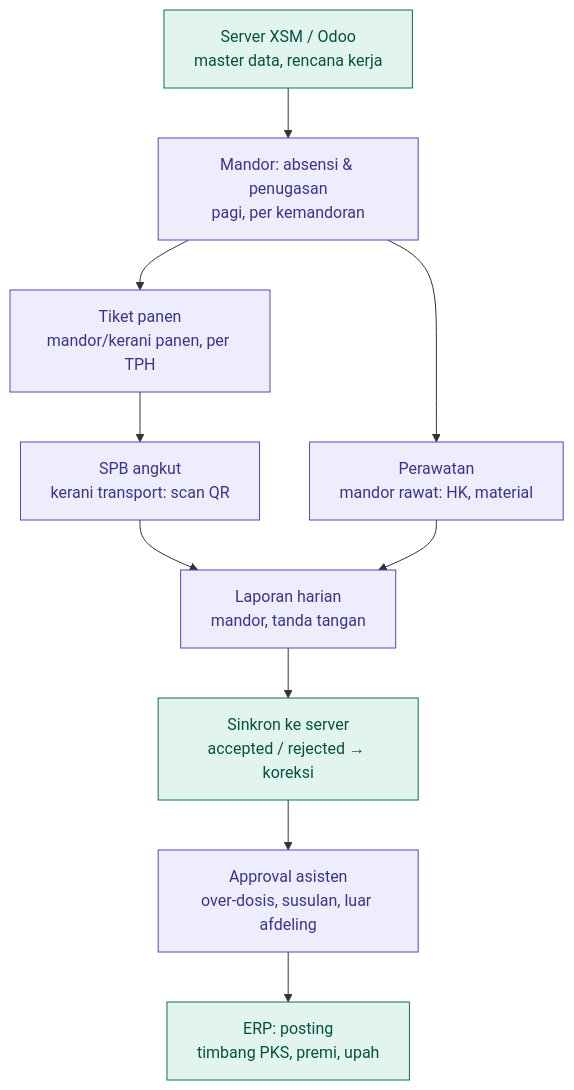
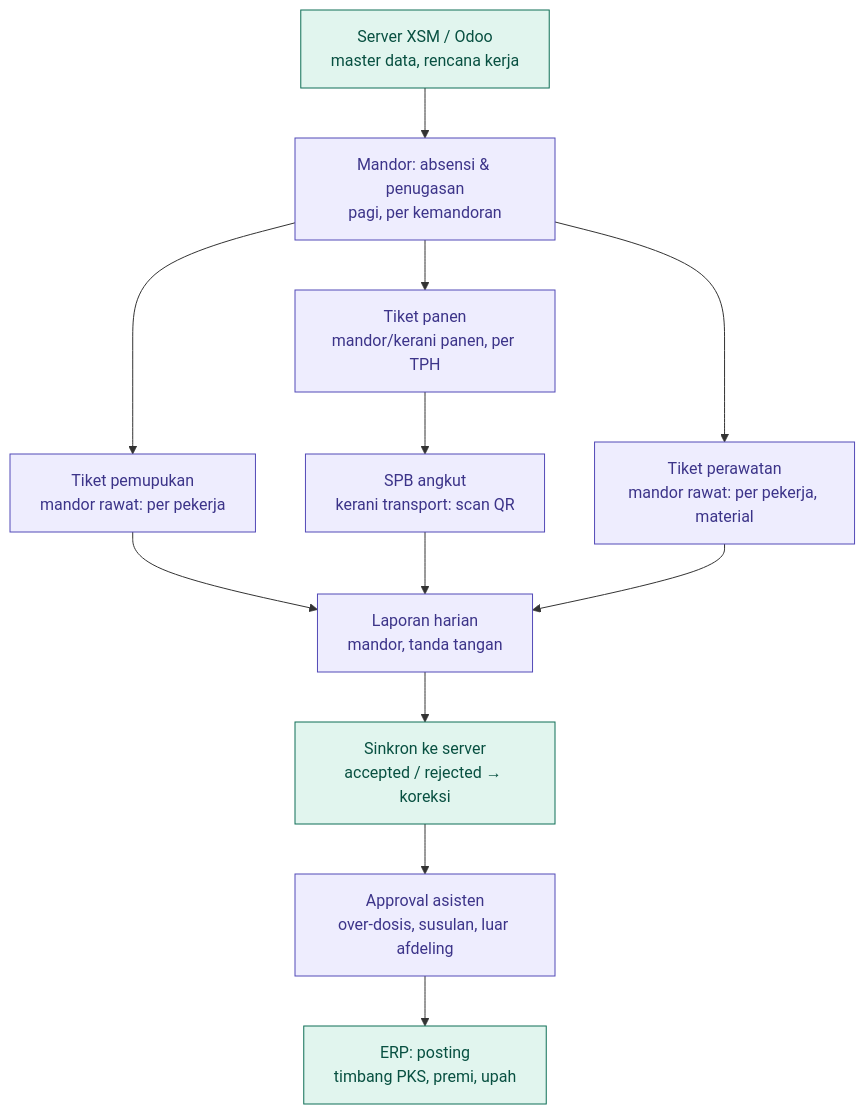
One commit to akhdaniel/react_sawit_mobile changed the diagram in docs/PANDUAN_PENGGUNA.md. Above: the diagram before and after it, drawn with Mermaid. The commit also changed other lines of this file and 107 other files, not shown here.

````diff
--- a/docs/PANDUAN_PENGGUNA.md
+++ b/docs/PANDUAN_PENGGUNA.md
@@ -36,14 +36,16 @@
 ```mermaid
 flowchart TD
     S1["Server XSM / Odoo<br/>master data, rencana kerja"]:::srv --> A["Mandor: absensi & penugasan<br/>pagi, per kemandoran"]:::hp
     A --> P["Tiket panen<br/>mandor/kerani panen, per TPH"]:::hp
-    A --> R["Perawatan<br/>mandor rawat: HK, material"]:::hp
+    A --> R["Tiket perawatan<br/>mandor rawat: per pekerja, material"]:::hp
+    A --> F["Tiket pemupukan<br/>mandor rawat: per pekerja"]:::hp
+    F --> L
     P --> T["SPB angkut<br/>kerani transport: scan QR"]:::hp
     T --> L["Laporan harian<br/>mandor, tanda tangan"]:::hp
     R --> L
     L --> Y["Sinkron ke server<br/>accepted / rejected → koreksi"]:::srv
     Y --> AP["Approval asisten<br/>over-dosis, susulan, luar afdeling"]:::hp
     AP --> E["ERP: posting<br/>timbang PKS, premi, upah"]:::srv
     classDef hp fill:#EEEDFE,stroke:#534AB7,color:#3C3489
     classDef srv fill:#E1F5EE,stroke:#0F6E56,color:#085041
 ```
````
